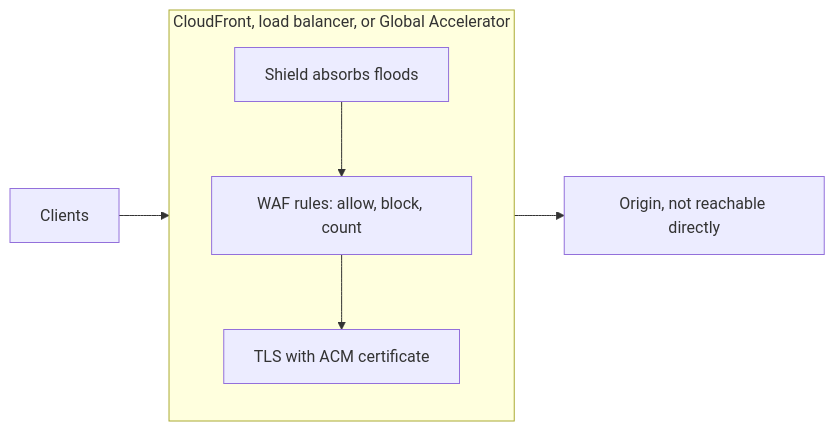
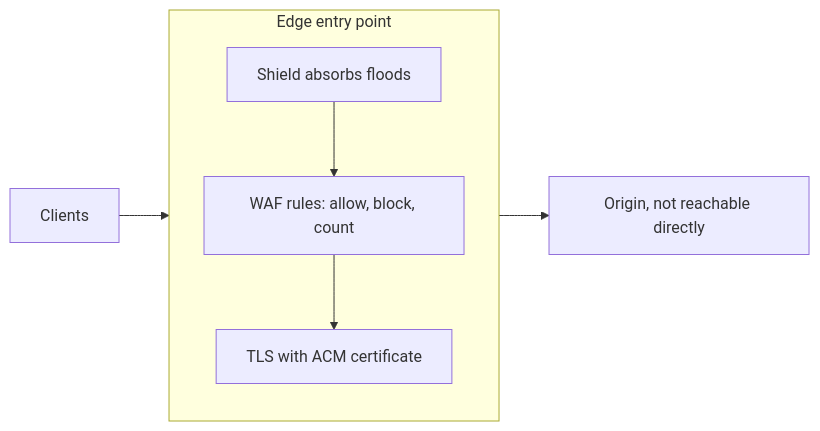
One commit to kelvinlee97/engineering changed the first of 2 diagrams in wiki/engineering/aws/application-security.md. Above: the diagram before and after it, drawn with Mermaid. The commit also changed 2 other files, not shown here.

Commit message:
Make diagrams readable on phones (#101)
Wide Mermaid diagrams shrink to 20-50% on a 390px screen. Quartz's
expand button opens a pan-and-zoom view but only appears on hover, so
touch users never saw it: keep it visible on devices without hover,
above the diagram. Also shorten the migration chooser's labels and lay
it out left to right, and give the edge-protection subgraph a title
that fits.

Claude-Session: https://claude.ai/code/session_01U34mj4fo7u1wJU9yYJu7Eb

````diff
--- a/wiki/engineering/aws/application-security.md
+++ b/wiki/engineering/aws/application-security.md
@@ -57,10 +57,10 @@
 ```mermaid
 flowchart LR
     accTitle: Edge protection in front of an AWS application
     accDescr: Client traffic reaches CloudFront, a load balancer, or Global Accelerator, where Shield absorbs volumetric attacks, WAF applies rules to HTTP requests, and an ACM certificate terminates TLS. Only then does traffic reach the origin, whose IP addresses should not be exposed.
     C[Clients] --> E
-    subgraph E[CloudFront, load balancer, or Global Accelerator]
+    subgraph E[Edge entry point]
         S[Shield absorbs floods] --> W[WAF rules: allow, block, count] --> T[TLS with ACM certificate]
     end
     E --> O[Origin, not reachable directly]
 ```
````
